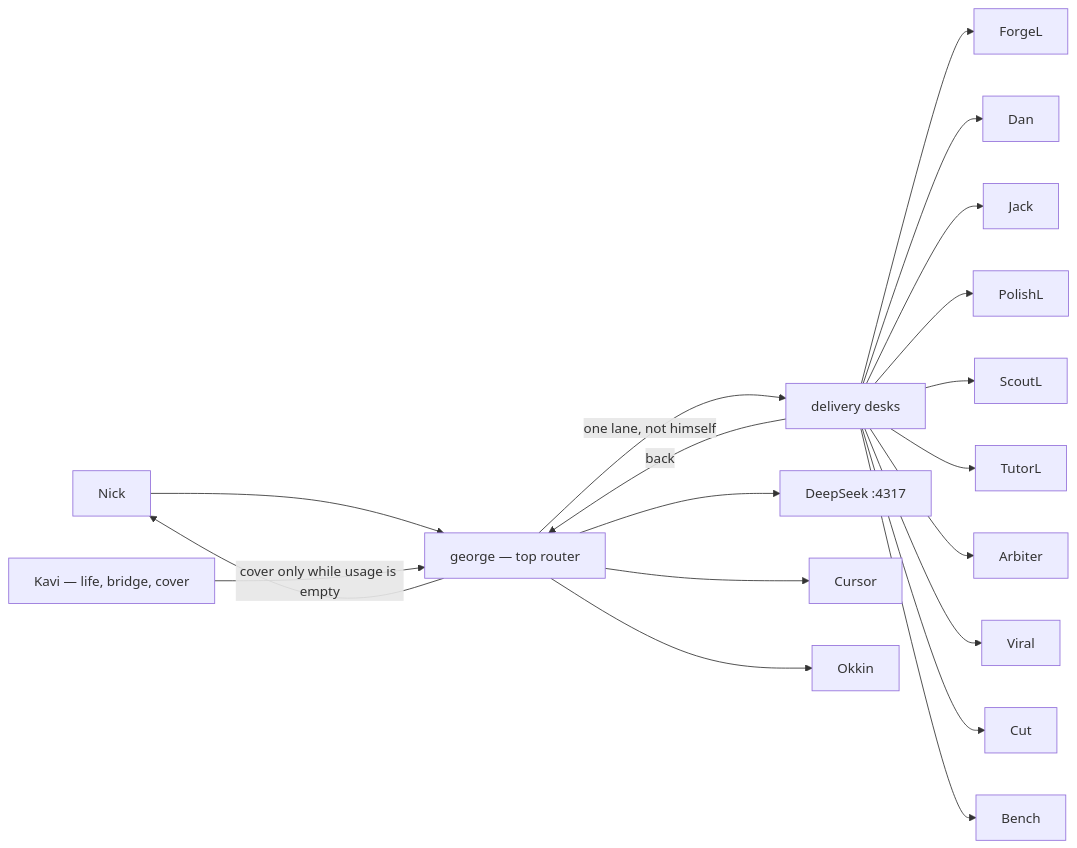
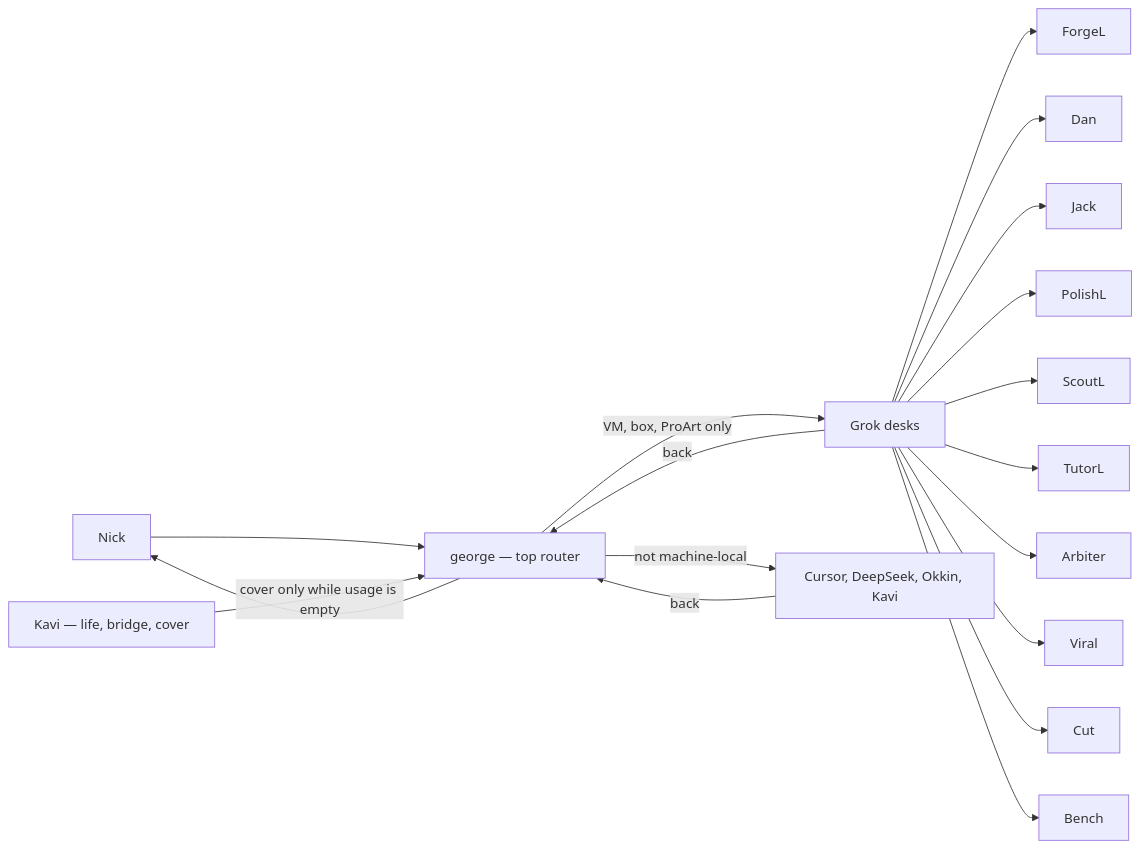
One commit to nicholibb-prog/agent-office changed the diagram in docs/ROUTING-MAP.md. Above: the diagram before and after it, drawn with Mermaid. The commit also changed other lines of this file, not shown here.

First line of the commit message:
Limit Grok bots to machine-local work

````diff
--- a/docs/ROUTING-MAP.md
+++ b/docs/ROUTING-MAP.md
@@ -11,10 +13,11 @@
 ```mermaid
 flowchart LR
   Nick["Nick"] --> George["george — top router"]
-  George -->|"one lane, not himself"| Desks["delivery desks"]
-  Desks --> ForgeL & Dan & Jack & PolishL & ScoutL & TutorL & Arbiter & Viral & Cut & Bench
-  Desks -->|"back"| George
+  George -->|"VM, box, ProArt only"| Grok["Grok desks"]
+  Grok --> ForgeL & Dan & Jack & PolishL & ScoutL & TutorL & Arbiter & Viral & Cut & Bench
+  Grok -->|"back"| George
+  George -->|"not machine-local"| Other["Cursor, DeepSeek, Okkin, Kavi"]
+  Other -->|"back"| George
   George --> Nick
-  George --> DS["DeepSeek :4317"] & Cursor & Okkin
   Kavi["Kavi — life, bridge, cover"] -->|"cover only while usage is empty"| George
 ```
````
